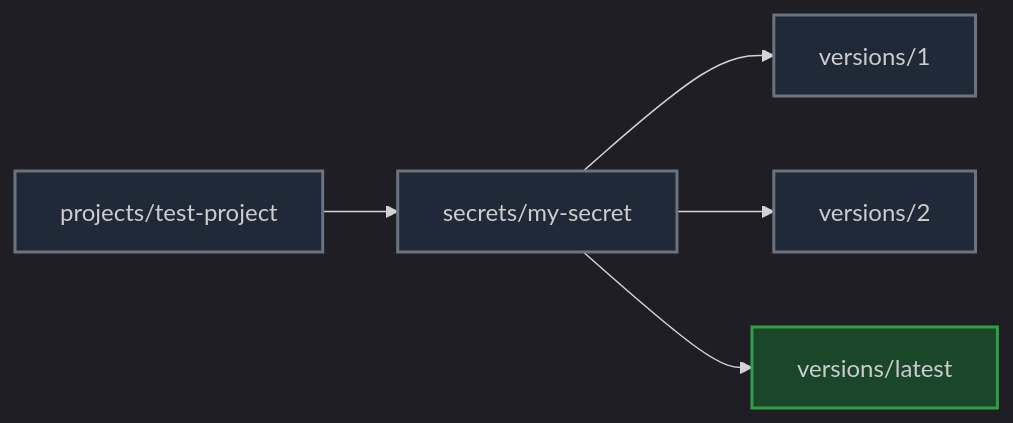
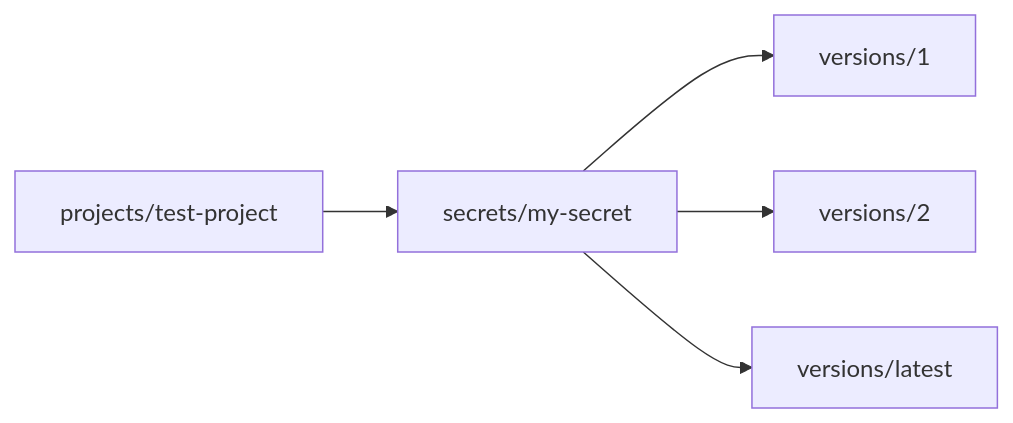
The seventh of 12 diagrams in ARCHITECTURE.md (blackwell-systems/gcp-secret-manager-emulator), drawn with Mermaid before and after one commit. The commit also changed other lines of this file, not shown here.

First line of the commit message:
Fix Mermaid diagram syntax for GitHub rendering

````diff
--- a/ARCHITECTURE.md
+++ b/ARCHITECTURE.md
@@ -302,14 +295,14 @@
 ```mermaid
-%%{init: {'theme':'dark'}}%%
+
 graph LR
     A[projects/test-project] --> B[secrets/my-secret]
     B --> C[versions/1]
     B --> D[versions/2]
     B --> E[versions/latest]
 
-    style A fill:#1f2937,stroke:#6b7280,stroke-width:2px
-    style B fill:#1f2937,stroke:#6b7280,stroke-width:2px
-    style C fill:#1f2937,stroke:#6b7280,stroke-width:2px
-    style D fill:#1f2937,stroke:#6b7280,stroke-width:2px
-    style E fill:#1a472a,stroke:#2ea043,stroke-width:2px
+
+
+
+
+
 ```
````
